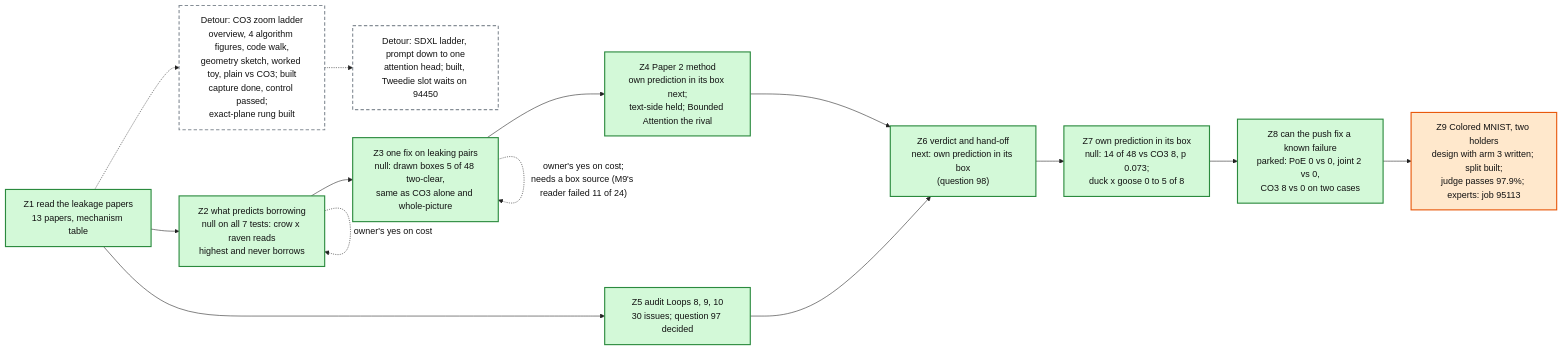
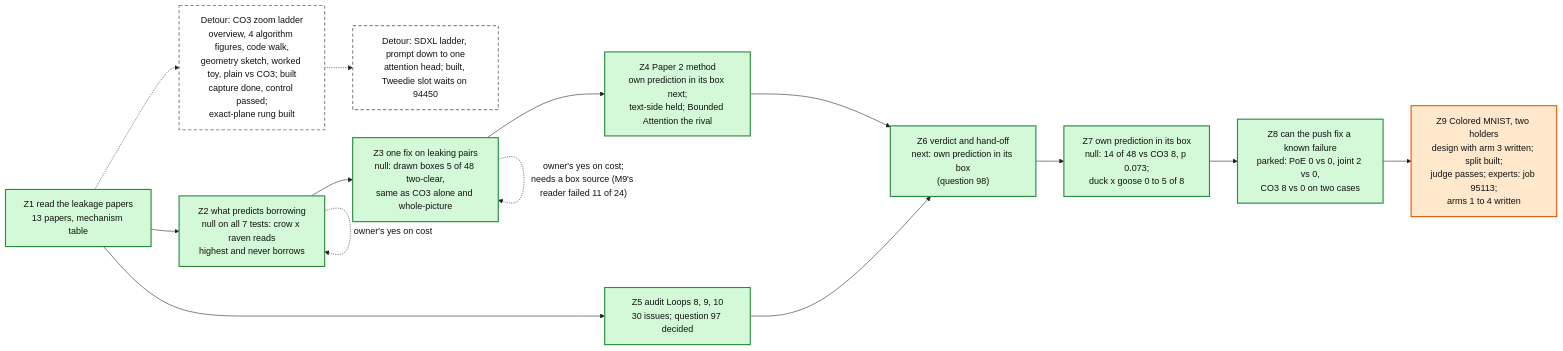
One commit to mo-rsa24/concept-composition changed the diagram in artifacts/notes/progress/leakage/loop-12-progress.mmd. Above: the diagram before and after it, drawn with Mermaid. The commit also changed 1 other file, not shown here.

Commit message:
Loop 12 map: Z9 arms 1 to 4 written

```diff
--- a/artifacts/notes/progress/leakage/loop-12-progress.mmd
+++ b/artifacts/notes/progress/leakage/loop-12-progress.mmd
@@ -1,26 +1,26 @@
 %%{init: {'theme': 'base', 'themeVariables': {'fontFamily': 'monospace', 'primaryColor': '#ffffff', 'primaryBorderColor': '#222222', 'primaryTextColor': '#111111', 'lineColor': '#222222'}}}%%
 flowchart LR
   Z1["Z1 read the leakage papers<br/>13 papers, mechanism table"]:::done
   Z2["Z2 what predicts borrowing<br/>null on all 7 tests: crow x raven reads<br/>highest and never borrows"]:::done
   Z3["Z3 one fix on leaking pairs<br/>null: drawn boxes 5 of 48 two-clear,<br/>same as CO3 alone and whole-picture"]:::done
   Z4["Z4 Paper 2 method<br/>own prediction in its box next;<br/>text-side held; Bounded Attention the rival"]:::done
   Z5["Z5 audit Loops 8, 9, 10<br/>30 issues; question 97 decided"]:::done
   Z6["Z6 verdict and hand-off<br/>next: own prediction in its box<br/>(question 98)"]:::done
   LAD["Detour: CO3 zoom ladder<br/>overview, 4 algorithm figures, code walk,<br/>geometry sketch, worked toy, plain vs CO3; built<br/>capture done, control passed;<br/>exact-plane rung built"]:::detour
   Z1 -.-> LAD
   SDX["Detour: SDXL ladder, prompt down to one<br/>attention head; built, Tweedie slot waits on 94450"]:::detour
   LAD -.-> SDX
   Z1 --> Z2 --> Z3 --> Z4 --> Z6
   Z1 --> Z5 --> Z6
   Z2 -. "owner's yes on cost" .-> Z2
   Z3 -. "owner's yes on cost;<br/>needs a box source (M9's reader failed 11 of 24)" .-> Z3
   Z7["Z7 own prediction in its box<br/>null: 14 of 48 vs CO3 8, p 0.073;<br/>duck x goose 0 to 5 of 8"]:::done
   Z6 --> Z7
   Z8["Z8 can the push fix a known failure<br/>parked: PoE 0 vs 0, joint 2 vs 0,<br/>CO3 8 vs 0 on two cases"]:::done
   Z7 --> Z8
-  Z9["Z9 Colored MNIST, two holders<br/>design with arm 3 written; split built;<br/>judge passes 97.9%; experts: job 95113"]:::doing
+  Z9["Z9 Colored MNIST, two holders<br/>design with arm 3 written; split built;<br/>judge passes; experts: job 95113;<br/>arms 1 to 4 written"]:::doing
   Z8 --> Z9
   classDef done fill:#d3f9d8,stroke:#2b8a3e,stroke-width:2px
   classDef doing fill:#ffe8cc,stroke:#e8590c,stroke-width:2px
   classDef detour fill:#ffffff,stroke:#868e96,stroke-width:2px,stroke-dasharray: 6 4
   classDef todo fill:#f1f3f5,stroke:#868e96,stroke-width:2px
```
